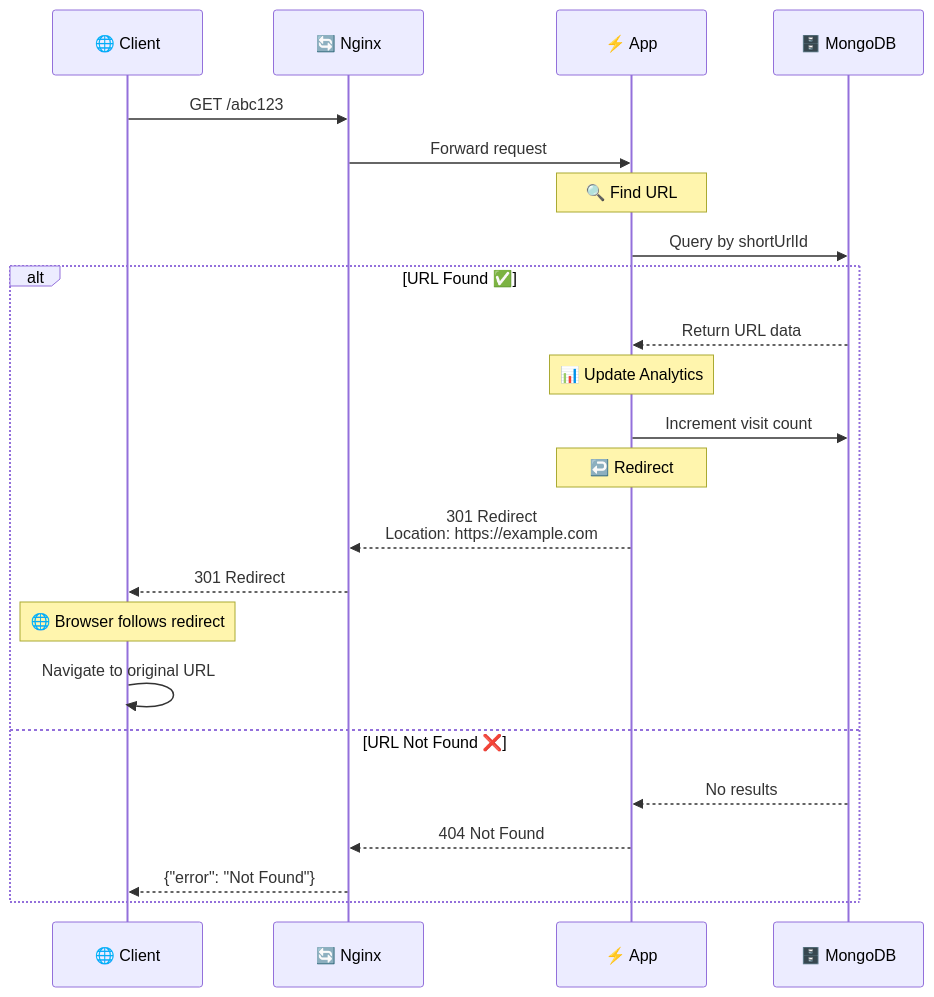
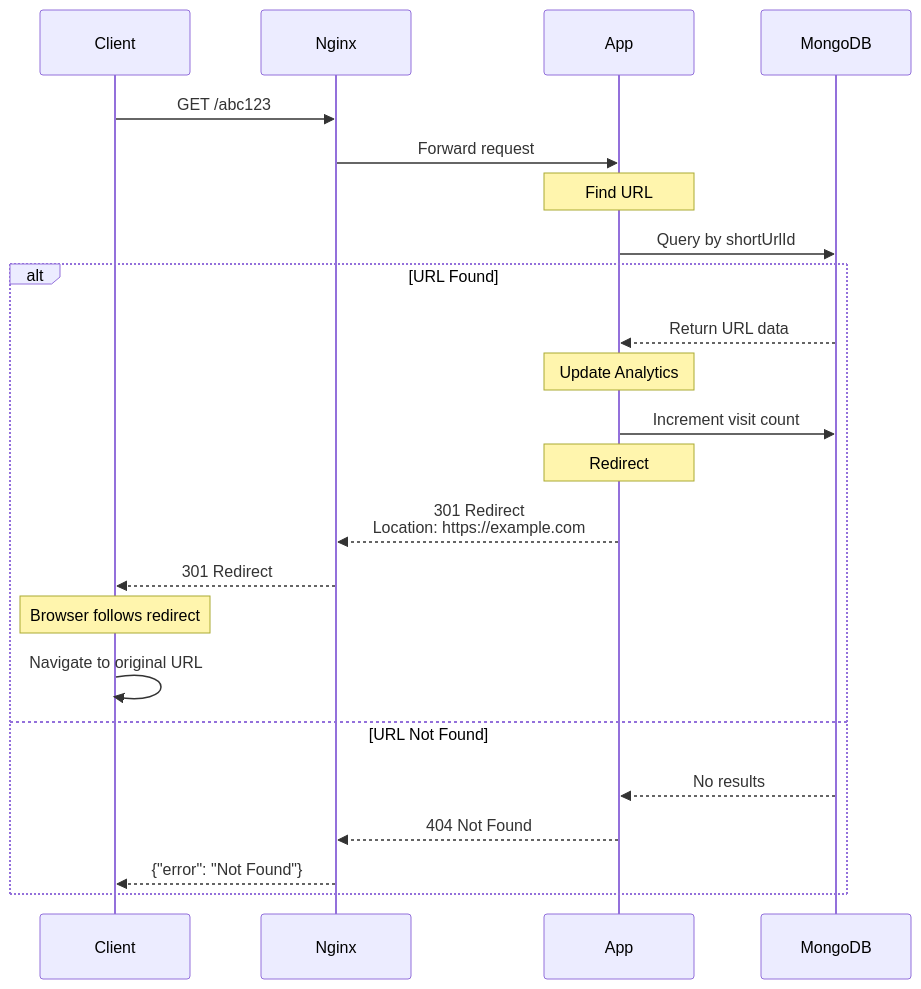
The eighth of 13 diagrams in url-shortener-lab02-feature-nginx-layer/README.md (Shahriarin2garden/url-shortener-lab02-feature-nginx-layer), drawn with Mermaid before and after one commit. The commit also changed other lines of this file, not shown here.

````diff
--- a/url-shortener-lab02-feature-nginx-layer/README.md
+++ b/url-shortener-lab02-feature-nginx-layer/README.md
@@ -315,32 +351,32 @@
 ```mermaid
 sequenceDiagram
-    participant C as 🌐 Client
-    participant N as 🔄 Nginx
-    participant A as ⚡ App
-    participant DB as 🗄️ MongoDB
-    
+    participant C as Client
+    participant N as Nginx
+    participant A as App
+    participant DB as MongoDB
+
     C->>N: GET /abc123
     N->>A: Forward request
-    
-    Note over A: 🔍 Find URL
+
+    Note over A: Find URL
     A->>DB: Query by shortUrlId
-    
-    alt URL Found ✅
+
+    alt URL Found
         DB-->>A: Return URL data
-        
-        Note over A: 📊 Update Analytics
+
+        Note over A: Update Analytics
         A->>DB: Increment visit count
-        
-        Note over A: ↩️ Redirect
+
+        Note over A: Redirect
         A-->>N: 301 Redirect<br/>Location: https://example.com
         N-->>C: 301 Redirect
-        
-        Note over C: 🌐 Browser follows redirect
+
+        Note over C: Browser follows redirect
         C->>C: Navigate to original URL
-        
-    else URL Not Found ❌
+
+    else URL Not Found
         DB-->>A: No results
         A-->>N: 404 Not Found
         N-->>C: {"error": "Not Found"}
     end
 ```
````
